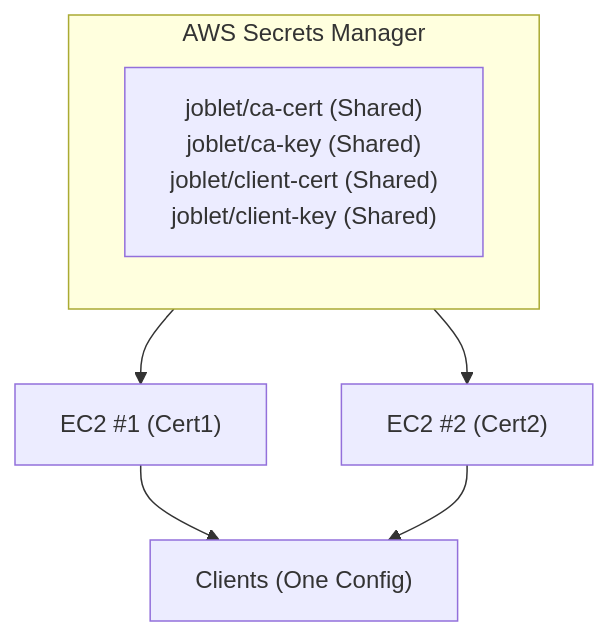
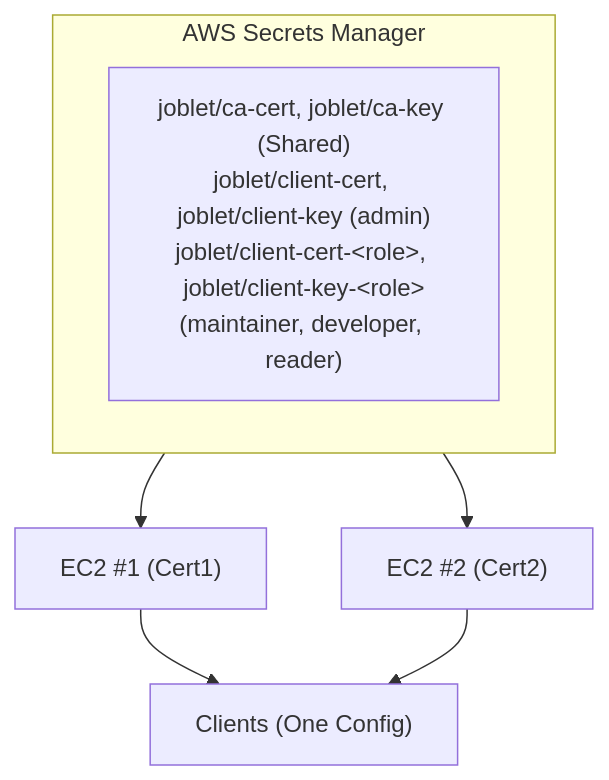
The diagram in docs/SCALING_ON_AWS.md (ehsaniara/joblet), drawn with Mermaid before and after one commit. The commit also changed other lines of this file and 77 other files, not shown here.

````diff
--- a/docs/SCALING_ON_AWS.md
+++ b/docs/SCALING_ON_AWS.md
@@ -129,10 +131,10 @@
 ```mermaid
 flowchart TD
     subgraph SM["AWS Secrets Manager"]
-        S["joblet/ca-cert (Shared)<br/>joblet/ca-key (Shared)<br/>joblet/client-cert (Shared)<br/>joblet/client-key (Shared)"]
+        S["joblet/ca-cert, joblet/ca-key (Shared)<br/>joblet/client-cert, joblet/client-key (admin)<br/>joblet/client-cert-&lt;role&gt;, joblet/client-key-&lt;role&gt;<br/>(maintainer, developer, reader)"]
     end
     SM --> E1["EC2 #1 (Cert1)"]
     SM --> E2["EC2 #2 (Cert2)"]
     E1 --> C["Clients (One Config)"]
     E2 --> C
 ```
````
